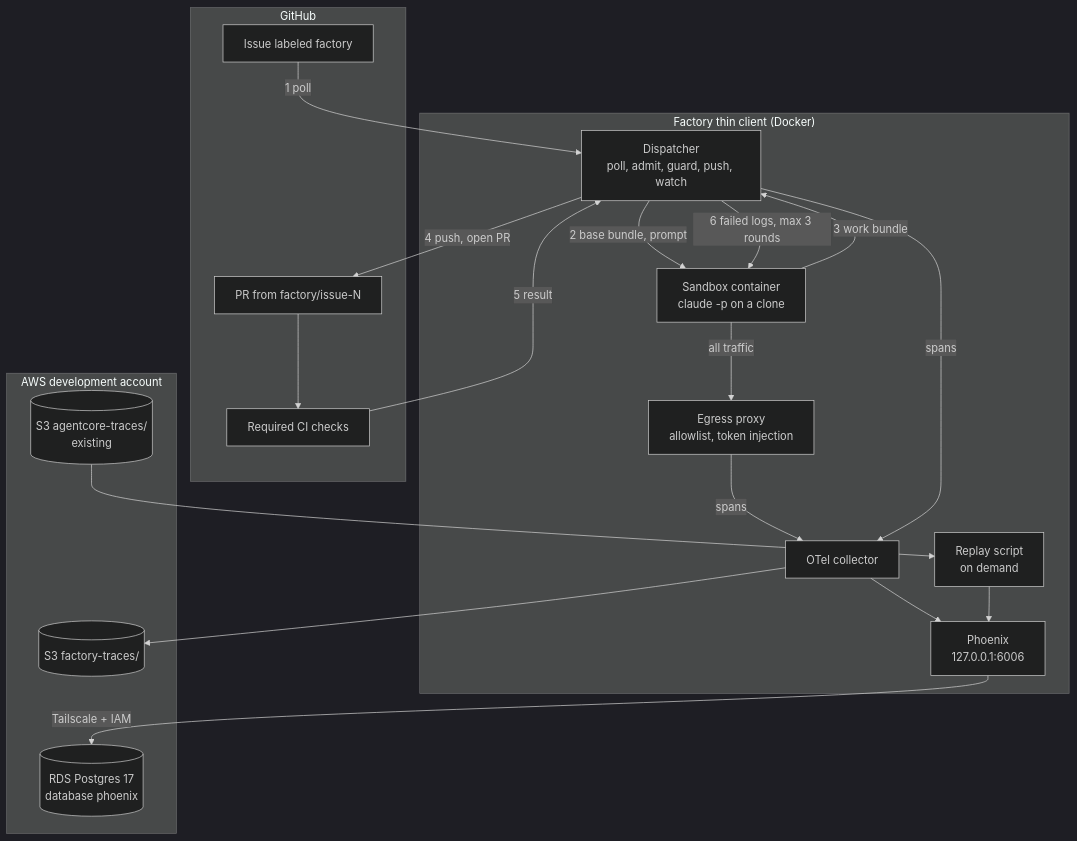
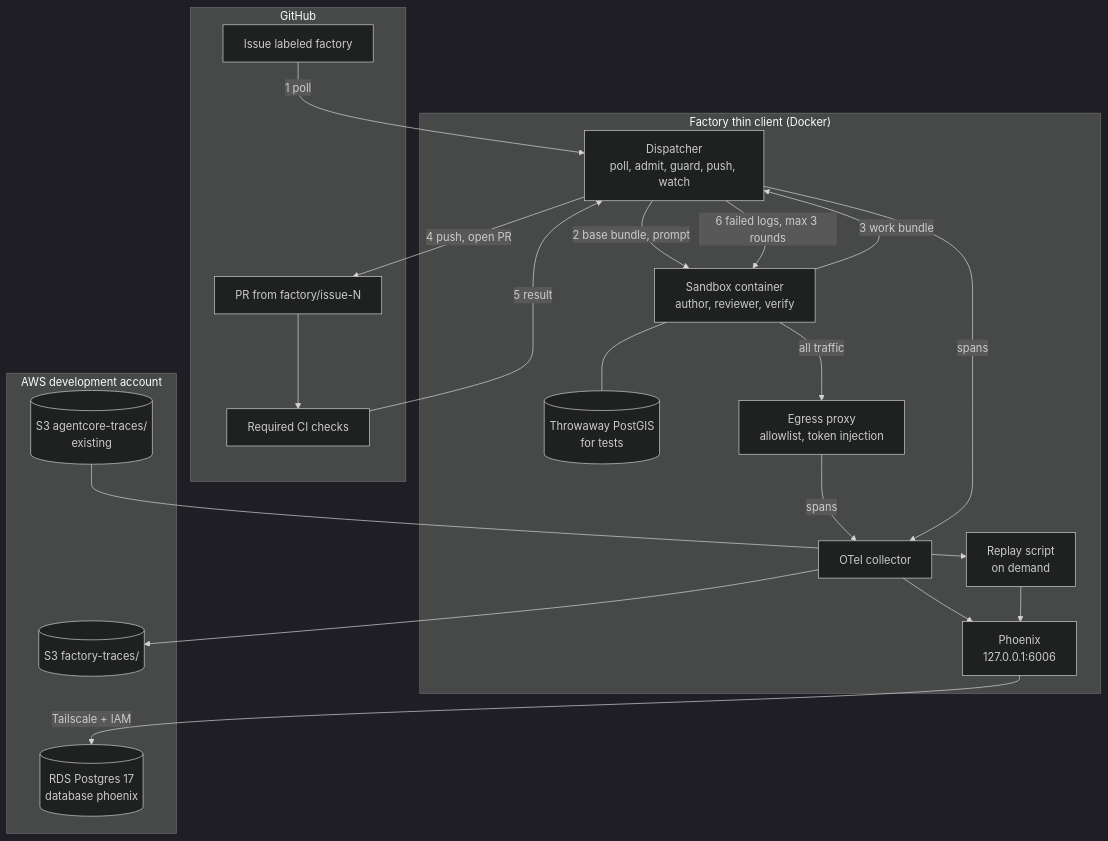
One commit to rhprasad0/nova-toll-budget-agent changed the diagram in v2/plans/FACTORY-SPEC.md. Above: the diagram before and after it, drawn with Mermaid (dark theme). The commit also changed other lines of this file and 6 other files, not shown here.

````diff
--- a/v2/plans/FACTORY-SPEC.md
+++ b/v2/plans/FACTORY-SPEC.md
@@ -66,38 +86,40 @@
 ```mermaid
 flowchart TB
   subgraph github["GitHub"]
     issue["Issue labeled factory"]
     pr["PR from factory/issue-N"]
     ci["Required CI checks"]
   end
 
   subgraph machine["Factory thin client (Docker)"]
     dispatcher["Dispatcher<br/>poll, admit, guard, push, watch"]
-    sandbox["Sandbox container<br/>claude -p on a clone"]
+    sandbox["Sandbox container<br/>author, reviewer, verify"]
+    testdb[("Throwaway PostGIS<br/>for tests")]
     proxy["Egress proxy<br/>allowlist, token injection"]
     collector["OTel collector"]
     phoenix["Phoenix<br/>127.0.0.1:6006"]
     replay["Replay script<br/>on demand"]
   end
 
   subgraph aws["AWS development account"]
     rds[("RDS Postgres 17<br/>database phoenix")]
     archive[("S3 factory-traces/")]
     agenttraces[("S3 agentcore-traces/<br/>existing")]
   end
 
   issue -->|"1 poll"| dispatcher
   dispatcher -->|"2 base bundle, prompt"| sandbox
   sandbox -->|"3 work bundle"| dispatcher
+  sandbox --- testdb
   dispatcher -->|"4 push, open PR"| pr
   pr --> ci
   ci -->|"5 result"| dispatcher
   dispatcher -->|"6 failed logs, max 3 rounds"| sandbox
   sandbox -->|"all traffic"| proxy
   proxy -->|spans| collector
   dispatcher -->|spans| collector
   collector --> phoenix
   collector --> archive
   phoenix -->|"Tailscale + IAM"| rds
   agenttraces --> replay --> phoenix
 ```
````
